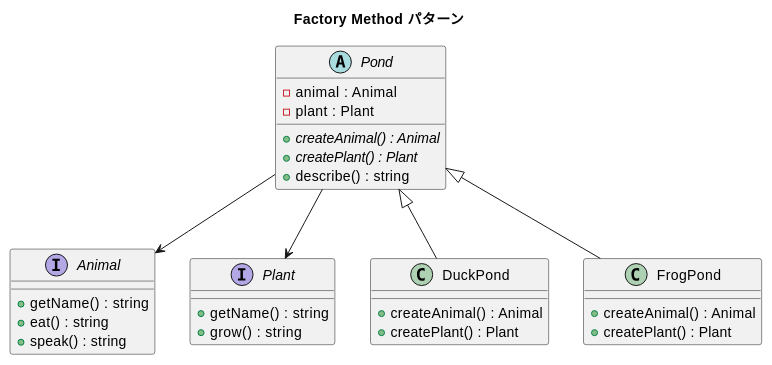
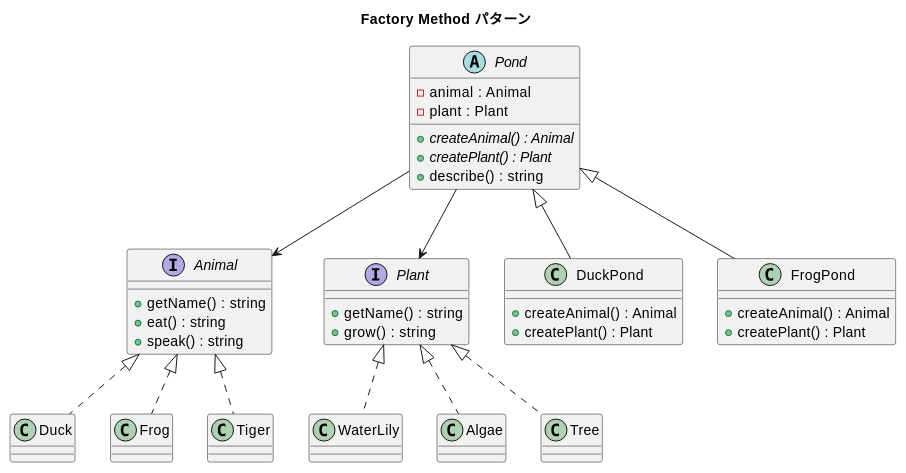
The first of 2 diagrams in docs/article/php/14-factory.md (k2works/getting-started-design-pattern), drawn with PlantUML before and after one commit. The commit also changed other lines of this file and 5 other files, not shown here.

````diff
--- a/docs/article/php/14-factory.md
+++ b/docs/article/php/14-factory.md
@@ -15,39 +15,52 @@
 ```plantuml
 @startuml
 title Factory Method パターン
 
 interface Animal {
   + getName() : string
   + eat() : string
   + speak() : string
 }
 
 interface Plant {
   + getName() : string
   + grow() : string
 }
 
 abstract class Pond {
   - animal : Animal
   - plant : Plant
   + {abstract} createAnimal() : Animal
   + {abstract} createPlant() : Plant
   + describe() : string
 }
 
 class DuckPond {
   + createAnimal() : Animal
   + createPlant() : Plant
 }
 
 class FrogPond {
   + createAnimal() : Animal
   + createPlant() : Plant
 }
 
+class Duck
+class Frog
+class Tiger
+class WaterLily
+class Algae
+class Tree
+
 Pond <|-- DuckPond
 Pond <|-- FrogPond
 Pond --> Animal
 Pond --> Plant
+Animal <|.. Duck
+Animal <|.. Frog
+Animal <|.. Tiger
+Plant <|.. WaterLily
+Plant <|.. Algae
+Plant <|.. Tree
 @enduml
 ```
````
